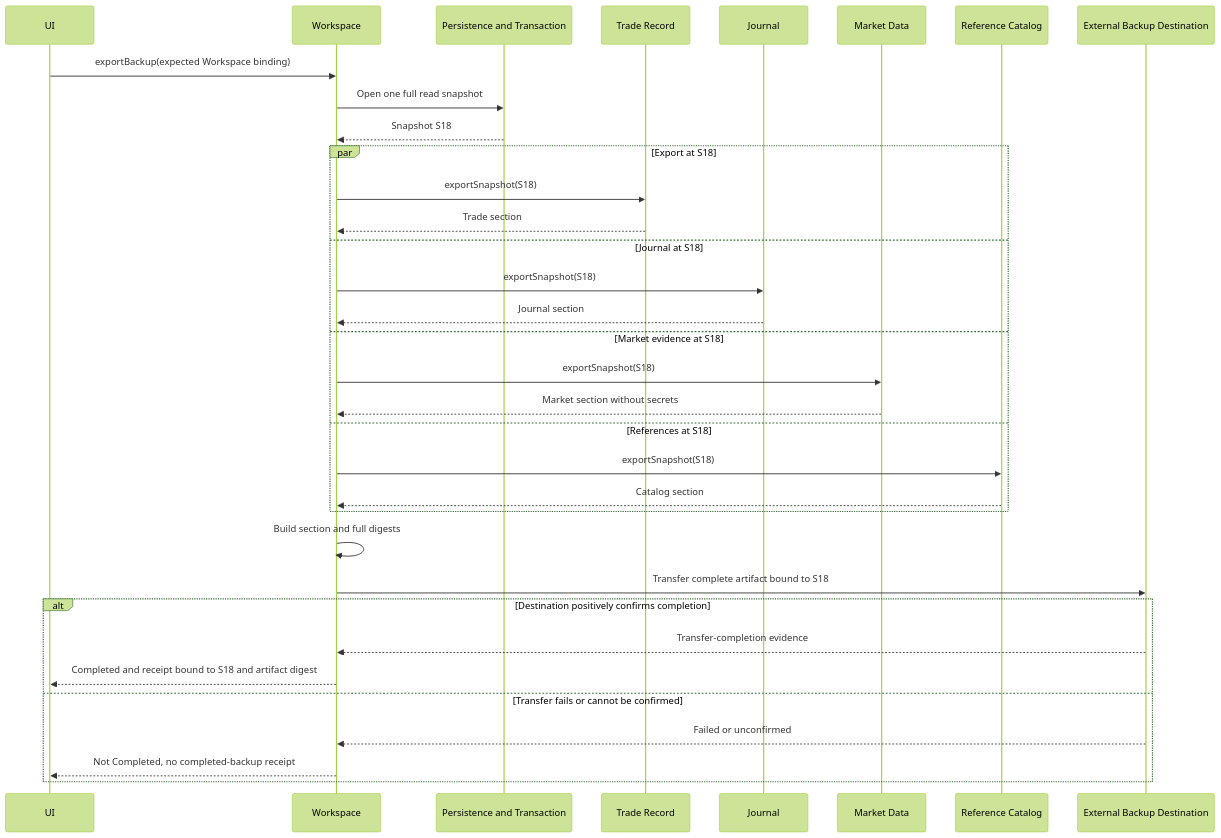
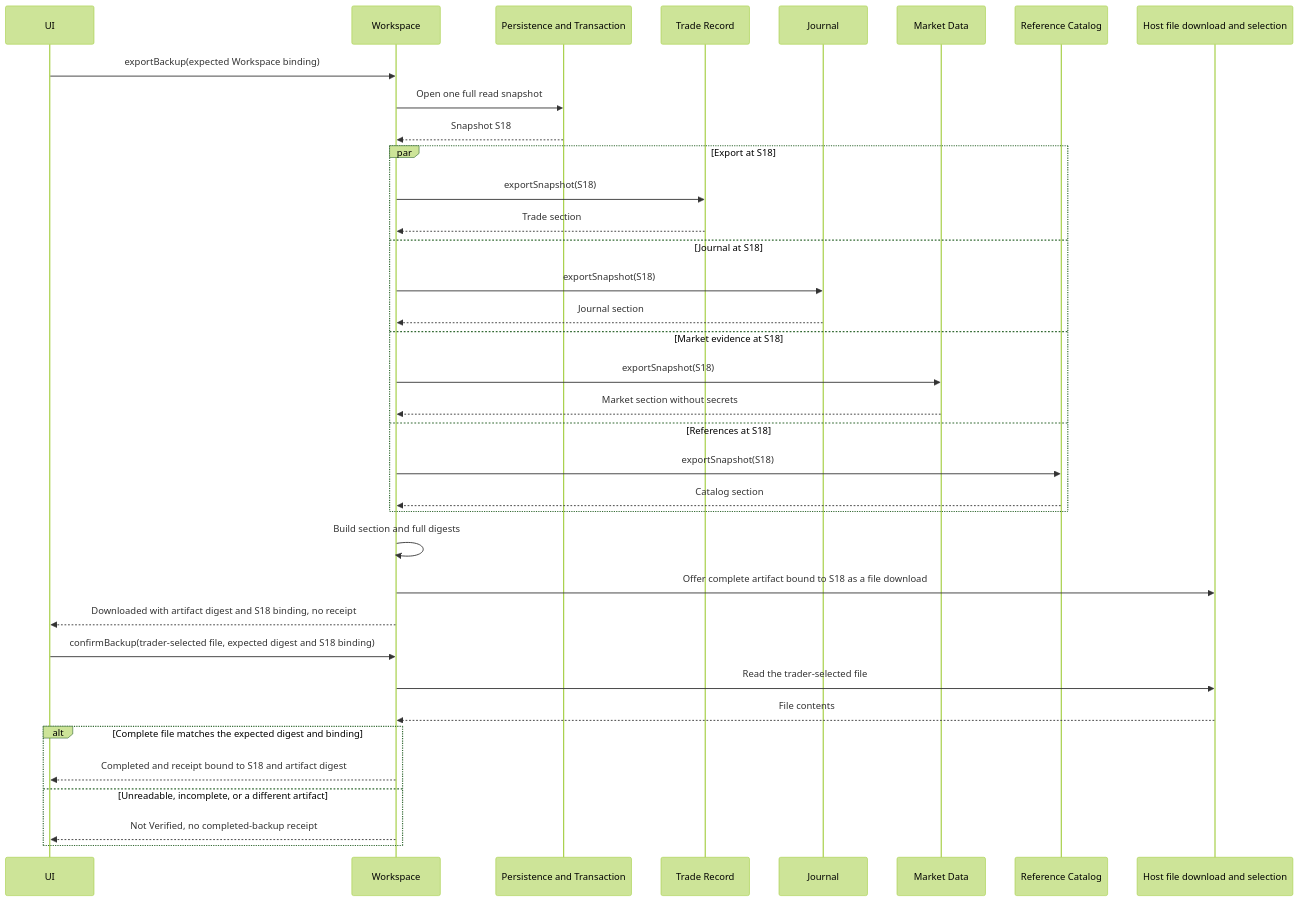
One commit to ckolbegger/trade-journal-v3 changed the third of 4 diagrams in specs/design/workspace.md. Above: the diagram before and after it, drawn with Mermaid (forest theme). The commit also changed other lines of this file and 11 other files, not shown here.

````diff
--- a/specs/design/workspace.md
+++ b/specs/design/workspace.md
@@ -115,36 +118,38 @@
 ```mermaid
 sequenceDiagram
     participant UI
     participant W as Workspace
     participant P as Persistence and Transaction
     participant TR as Trade Record
     participant J as Journal
     participant MD as Market Data
     participant RC as Reference Catalog
-    participant BT as External Backup Destination
+    participant H as Host file download and selection
     UI->>W: exportBackup(expected Workspace binding)
     W->>P: Open one full read snapshot
     P-->>W: Snapshot S18
     par Export at S18
         W->>TR: exportSnapshot(S18)
         TR-->>W: Trade section
     and Journal at S18
         W->>J: exportSnapshot(S18)
         J-->>W: Journal section
     and Market evidence at S18
         W->>MD: exportSnapshot(S18)
         MD-->>W: Market section without secrets
     and References at S18
         W->>RC: exportSnapshot(S18)
         RC-->>W: Catalog section
     end
     W->>W: Build section and full digests
-    W->>BT: Transfer complete artifact bound to S18
-    alt Destination positively confirms completion
-        BT-->>W: Transfer-completion evidence
+    W->>H: Offer complete artifact bound to S18 as a file download
+    W-->>UI: Downloaded with artifact digest and S18 binding, no receipt
+    UI->>W: confirmBackup(trader-selected file, expected digest and S18 binding)
+    W->>H: Read the trader-selected file
+    H-->>W: File contents
+    alt Complete file matches the expected digest and binding
         W-->>UI: Completed and receipt bound to S18 and artifact digest
-    else Transfer fails or cannot be confirmed
-        BT-->>W: Failed or unconfirmed
-        W-->>UI: Not Completed, no completed-backup receipt
+    else Unreadable, incomplete, or a different artifact
+        W-->>UI: Not Verified, no completed-backup receipt
     end
 ```
````
